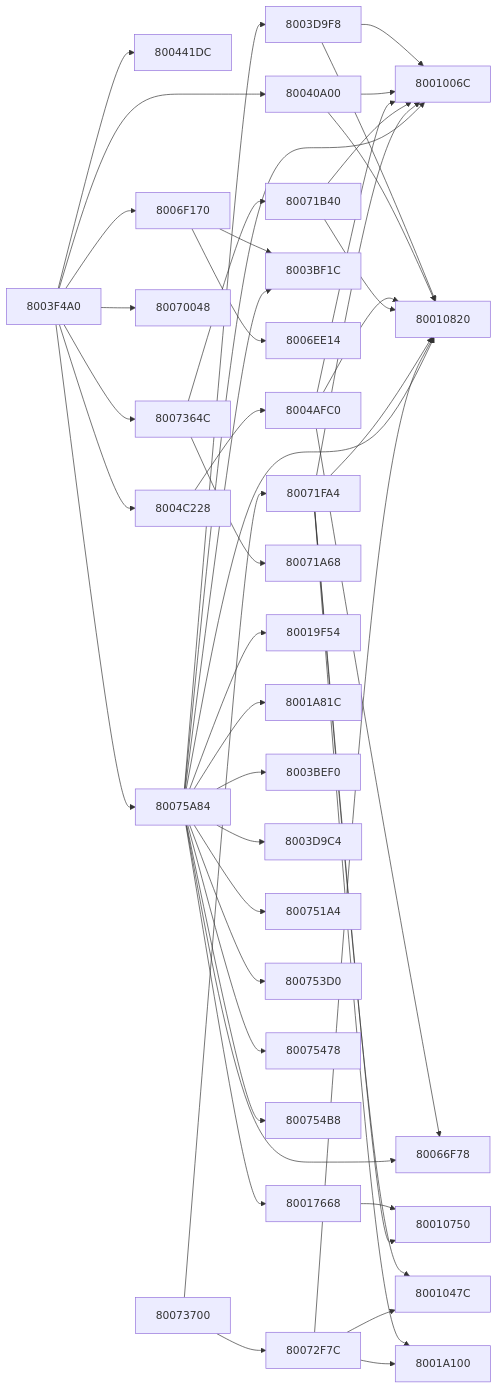
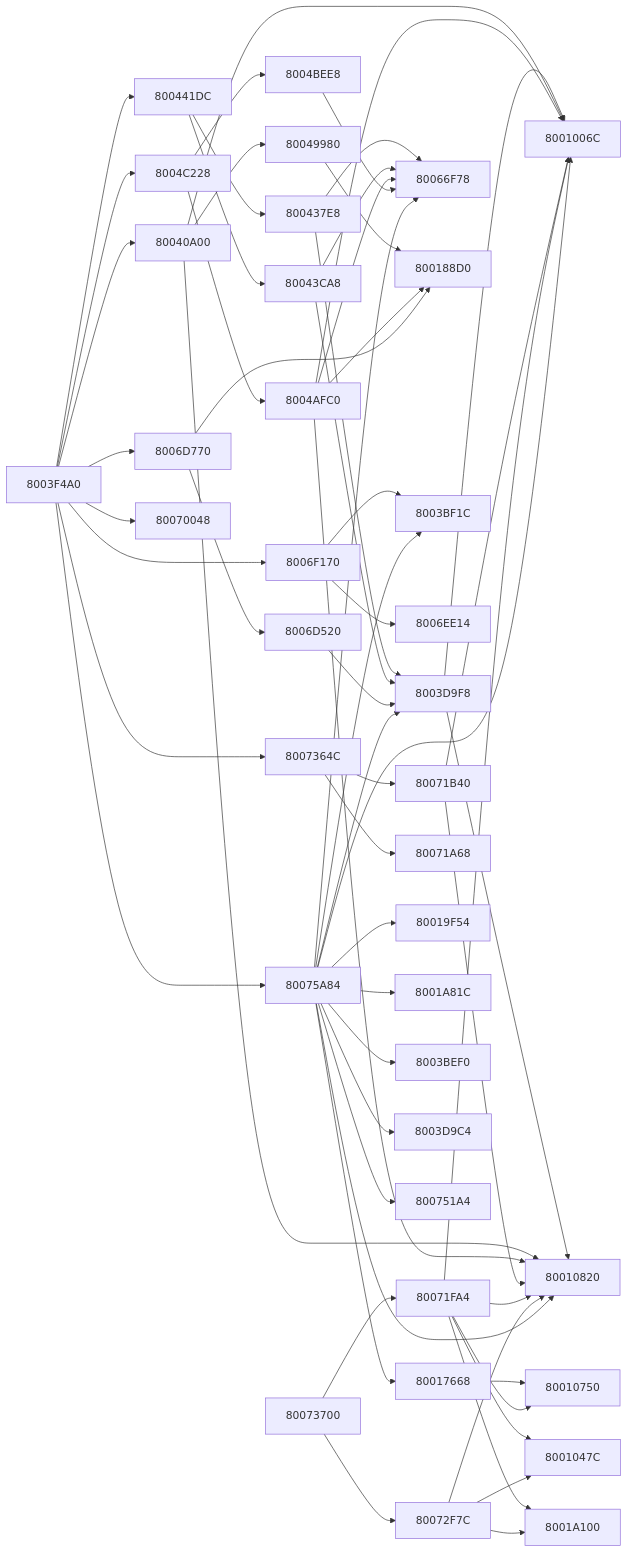
Before and after one commit to kai-luni/Future-Cop-L.A.P.D-PS1: diagram 11 of 11 in docs/FUNCTION_MAP.md, drawn with Mermaid. The commit also changed other lines of this file, not shown here.

````diff
--- a/docs/FUNCTION_MAP.md
+++ b/docs/FUNCTION_MAP.md
@@ -1345,16 +1716,31 @@
     f8003f4a0 --> f80040a00
     f8003f4a0 --> f800441dc
     f8003f4a0 --> f8004c228
+    f8003f4a0 --> f8006d770
     f8003f4a0 --> f8006f170
     f8003f4a0 --> f80070048
     f8003f4a0 --> f8007364c
     f8003f4a0 --> f80075a84
     f80040a00 --> f8001006c
     f80040a00 --> f80010820
+    f80040a00 --> f80049980
+    f800437e8 --> f8003d9f8
+    f800437e8 --> f80066f78
+    f80043ca8 --> f8003d9f8
+    f80043ca8 --> f80066f78
+    f800441dc --> f800437e8
+    f800441dc --> f80043ca8
+    f80049980 --> f800188d0
     f8004afc0 --> f8001006c
     f8004afc0 --> f80010820
+    f8004afc0 --> f800188d0
     f8004afc0 --> f80066f78
+    f8004bee8 --> f80066f78
     f8004c228 --> f8004afc0
+    f8004c228 --> f8004bee8
+    f8006d520 --> f8003d9f8
+    f8006d770 --> f800188d0
+    f8006d770 --> f8006d520
     f8006f170 --> f8003bf1c
     f8006f170 --> f8006ee14
     f80071b40 --> f8001006c
@@ -1382,14 +1768,12 @@
     f80075a84 --> f8003d9f8
     f80075a84 --> f80066f78
     f80075a84 --> f800751a4
-    f80075a84 --> f800753d0
-    f80075a84 --> f80075478
-    f80075a84 --> f800754b8
     f8001006c["8001006C"]
     f8001047c["8001047C"]
     f80010750["80010750"]
     f80010820["80010820"]
     f80017668["80017668"]
+    f800188d0["800188D0"]
     f80019f54["80019F54"]
     f8001a100["8001A100"]
     f8001a81c["8001A81C"]
@@ -1399,10 +1783,16 @@
     f8003d9f8["8003D9F8"]
     f8003f4a0["8003F4A0"]
     f80040a00["80040A00"]
+    f800437e8["800437E8"]
+    f80043ca8["80043CA8"]
     f800441dc["800441DC"]
+    f80049980["80049980"]
     f8004afc0["8004AFC0"]
+    f8004bee8["8004BEE8"]
     f8004c228["8004C228"]
     f80066f78["80066F78"]
+    f8006d520["8006D520"]
+    f8006d770["8006D770"]
     f8006ee14["8006EE14"]
     f8006f170["8006F170"]
     f80070048["80070048"]
@@ -1413,8 +1803,5 @@
     f8007364c["8007364C"]
     f80073700["80073700"]
     f800751a4["800751A4"]
-    f800753d0["800753D0"]
-    f80075478["80075478"]
-    f800754b8["800754B8"]
     f80075a84["80075A84"]
 ```
````
